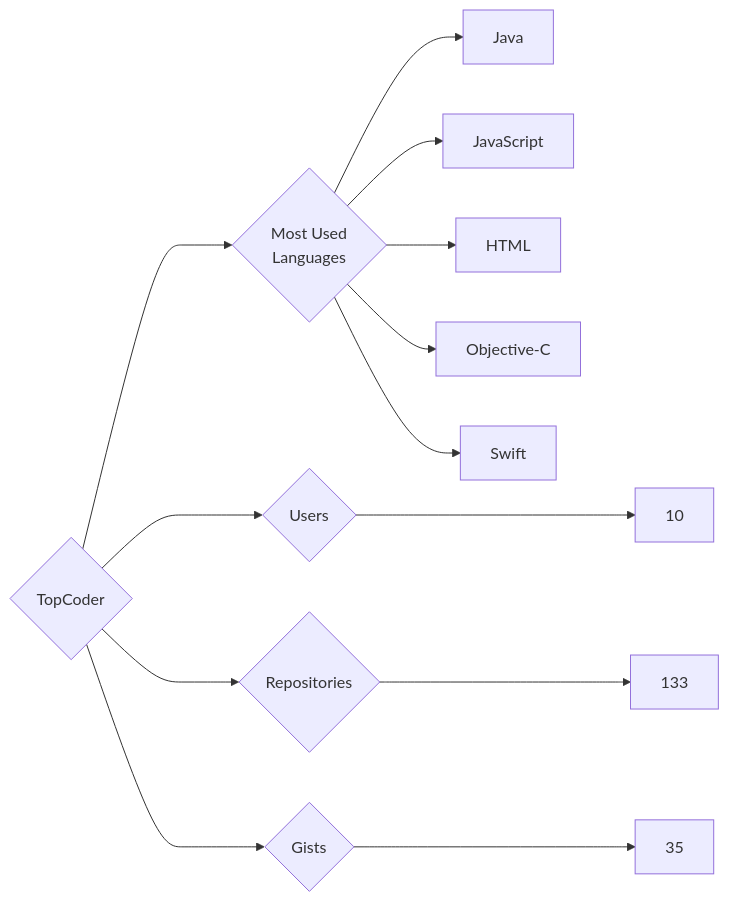
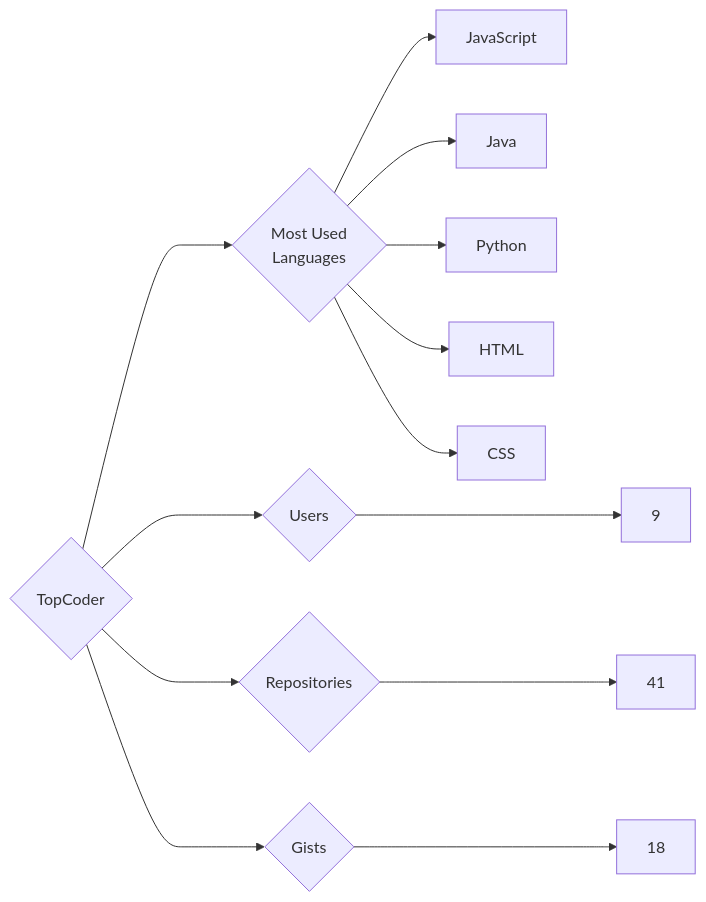
The diagram in targets/TopCoder/README.md (trickest/insiders), drawn with Mermaid before and after one commit. The commit also changed 969 other files, not shown here.

````diff
--- a/targets/TopCoder/README.md
+++ b/targets/TopCoder/README.md
@@ -3,13 +3,13 @@
 ```mermaid
 graph LR
 COMPANY_NAME{TopCoder}
-COMPANY_NAME ---> U{Users} ---> UN[10]
-COMPANY_NAME ---> R{Repositories} ---> RN[133]
-COMPANY_NAME ---> G{Gists} ---> GN[35]
+COMPANY_NAME ---> U{Users} ---> UN[9]
+COMPANY_NAME ---> R{Repositories} ---> RN[41]
+COMPANY_NAME ---> G{Gists} ---> GN[18]
 COMPANY_NAME ---> ML{Most Used<br>Languages}
+ML --> JavaScript[JavaScript]
 ML --> Java[Java]
-ML --> JavaScript[JavaScript]
+ML --> Python[Python]
 ML --> HTML[HTML]
-ML --> Objective-C[Objective-C]
-ML --> Swift[Swift]
+ML --> CSS[CSS]
 ```
````
